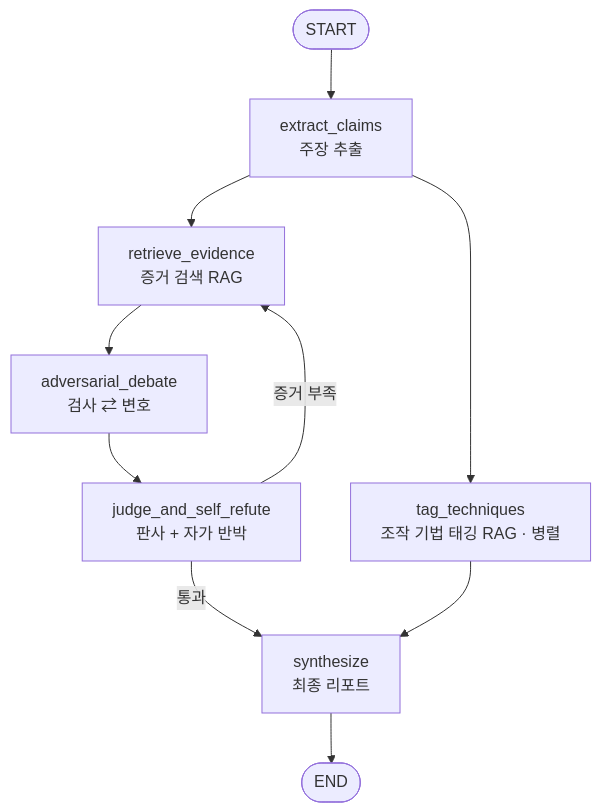
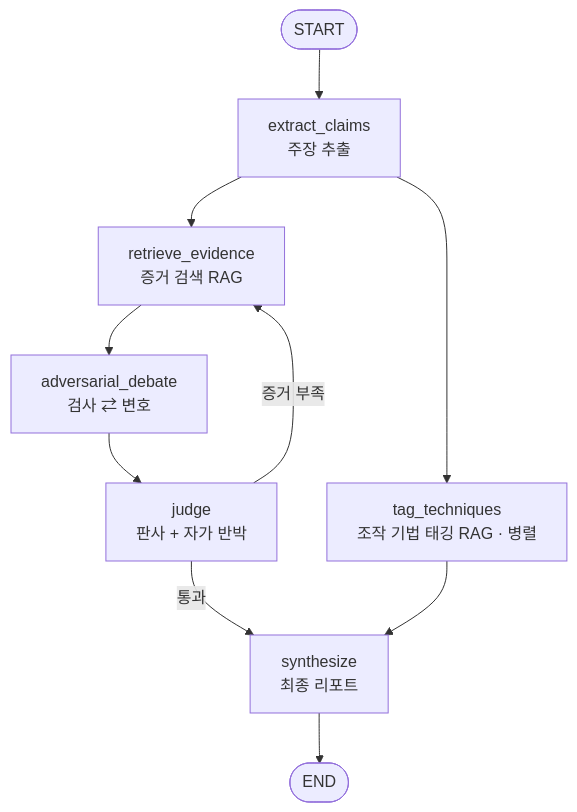
The diagram in README.md (Ryu-Jemu/examiner-agent), drawn with Mermaid before and after one commit. The commit also changed other lines of this file and 4 other files, not shown here.

````diff
--- a/README.md
+++ b/README.md
@@ -16,12 +16,12 @@
 ```mermaid
 flowchart TD
     START([START]) --> EX[extract_claims<br/>주장 추출]
     EX --> RE[retrieve_evidence<br/>증거 검색 RAG]
     EX --> TT[tag_techniques<br/>조작 기법 태깅 RAG · 병렬]
     RE --> AD[adversarial_debate<br/>검사 ⇄ 변호]
-    AD --> JU[judge_and_self_refute<br/>판사 + 자가 반박]
+    AD --> JU[judge<br/>판사 + 자가 반박]
     JU -->|증거 부족| RE
     JU -->|통과| SY[synthesize<br/>최종 리포트]
     TT --> SY
     SY --> END([END])
 ```
````
